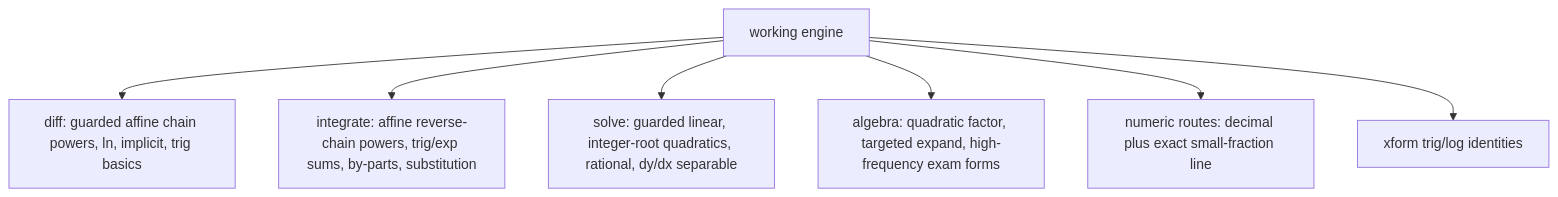
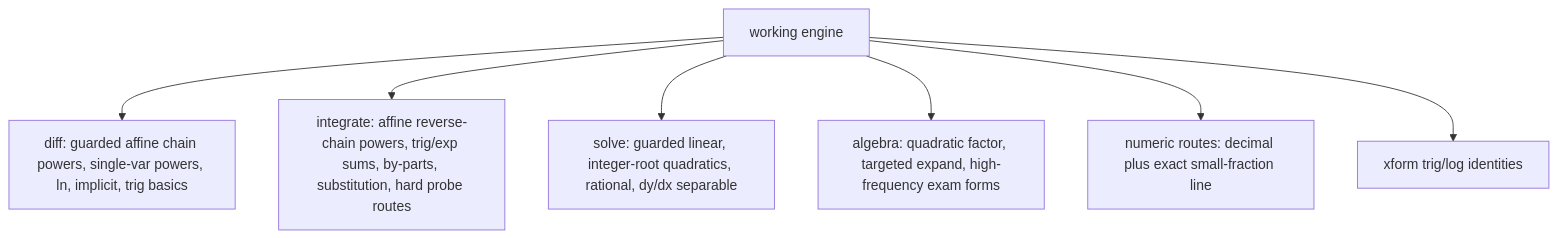
The third of 5 diagrams in docs/GRAPH.md (james8464/notes-addin-casio-fx-cg50), drawn with Mermaid before and after one commit. The commit also changed other lines of this file and 4 other files, not shown here.

````diff
--- a/docs/GRAPH.md
+++ b/docs/GRAPH.md
@@ -34,9 +34,9 @@
 ```mermaid
 graph TD
-  Work["working engine"] --> Diff["diff: guarded affine chain powers, ln, implicit, trig basics"]
-  Work --> Int["integrate: affine reverse-chain powers, trig/exp sums, by-parts, substitution"]
+  Work["working engine"] --> Diff["diff: guarded affine chain powers, single-var powers, ln, implicit, trig basics"]
+  Work --> Int["integrate: affine reverse-chain powers, trig/exp sums, by-parts, substitution, hard probe routes"]
   Work --> Solve["solve: guarded linear, integer-root quadratics, rational, dy/dx separable"]
   Work --> Alg["algebra: quadratic factor, targeted expand, high-frequency exam forms"]
   Work --> Num["numeric routes: decimal plus exact small-fraction line"]
   Work --> Xform["xform trig/log identities"]
 ```
````
